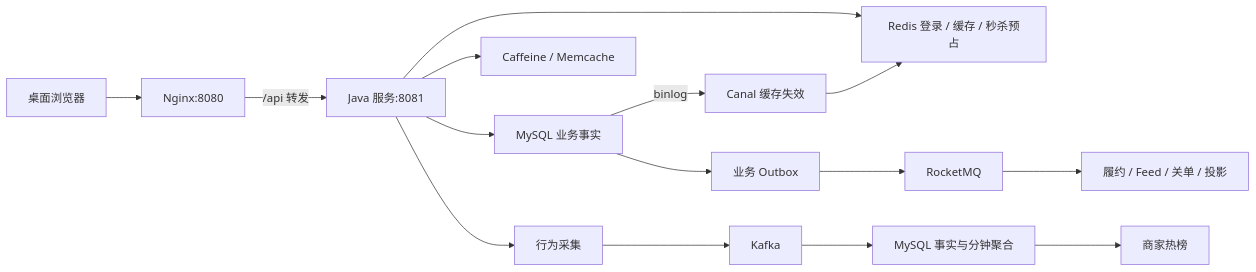
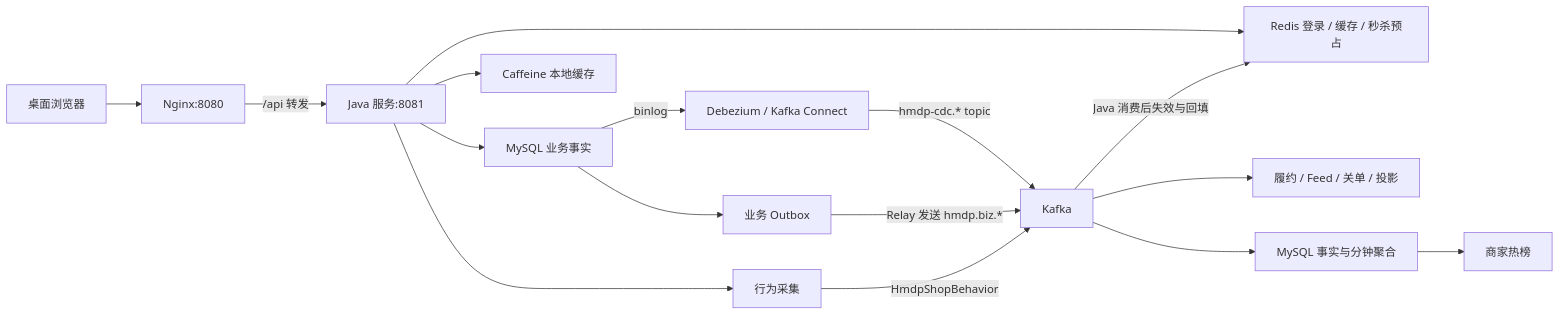
The diagram in wiki/README.md (Coding-Lou/harbourdrop), drawn with Mermaid before and after one commit. The commit also changed other lines of this file and 20 other files, not shown here.

````diff
--- a/wiki/README.md
+++ b/wiki/README.md
@@ -69,17 +71,18 @@
 ```mermaid
 flowchart LR
     A[桌面浏览器] --> B[Nginx:8080]
     B -->|/api 转发| C[Java 服务:8081]
     C --> D[MySQL 业务事实]
     C --> E[Redis 登录 / 缓存 / 秒杀预占]
-    C --> F[Caffeine / Memcache]
-    D -->|binlog| G[Canal 缓存失效]
-    G --> E
+    C --> F[Caffeine 本地缓存]
+    D -->|binlog| G[Debezium / Kafka Connect]
+    G -->|hmdp-cdc.* topic| L[Kafka]
+    L -->|Java 消费后失效与回填| E
     D --> H[业务 Outbox]
-    H --> I[RocketMQ]
-    I --> J[履约 / Feed / 关单 / 投影]
+    H -->|Relay 发送 hmdp.biz.*| L
+    L --> J[履约 / Feed / 关单 / 投影]
     C --> K[行为采集]
-    K --> L[Kafka]
+    K -->|HmdpShopBehavior| L
     L --> M[MySQL 事实与分钟聚合]
     M --> N[商家热榜]
 ```
````
